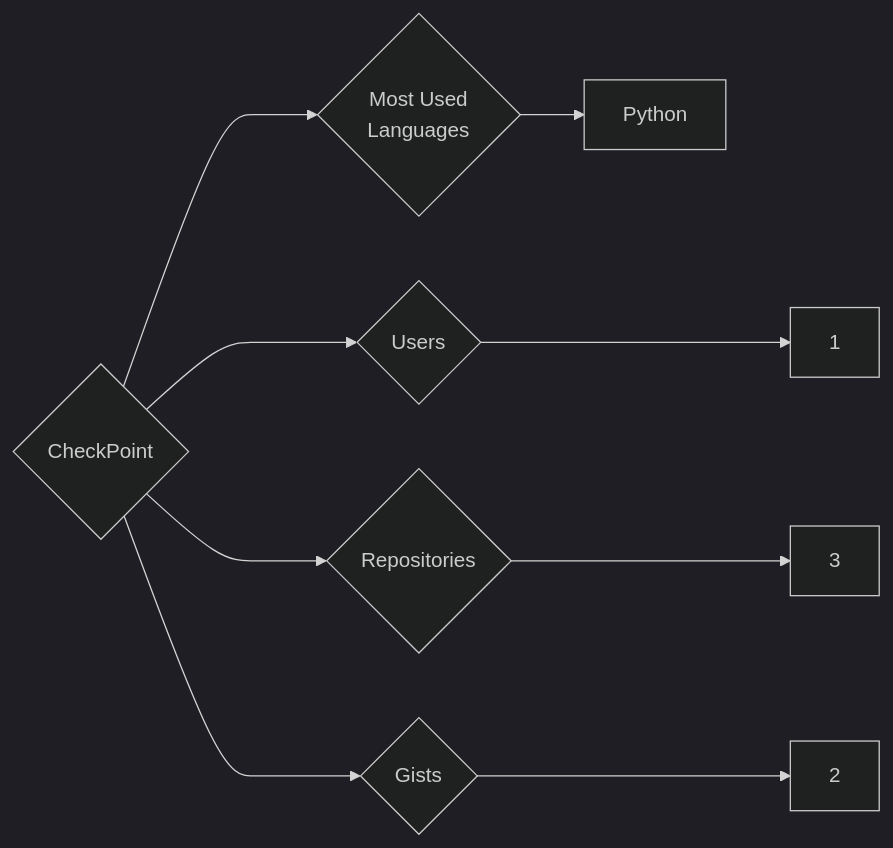
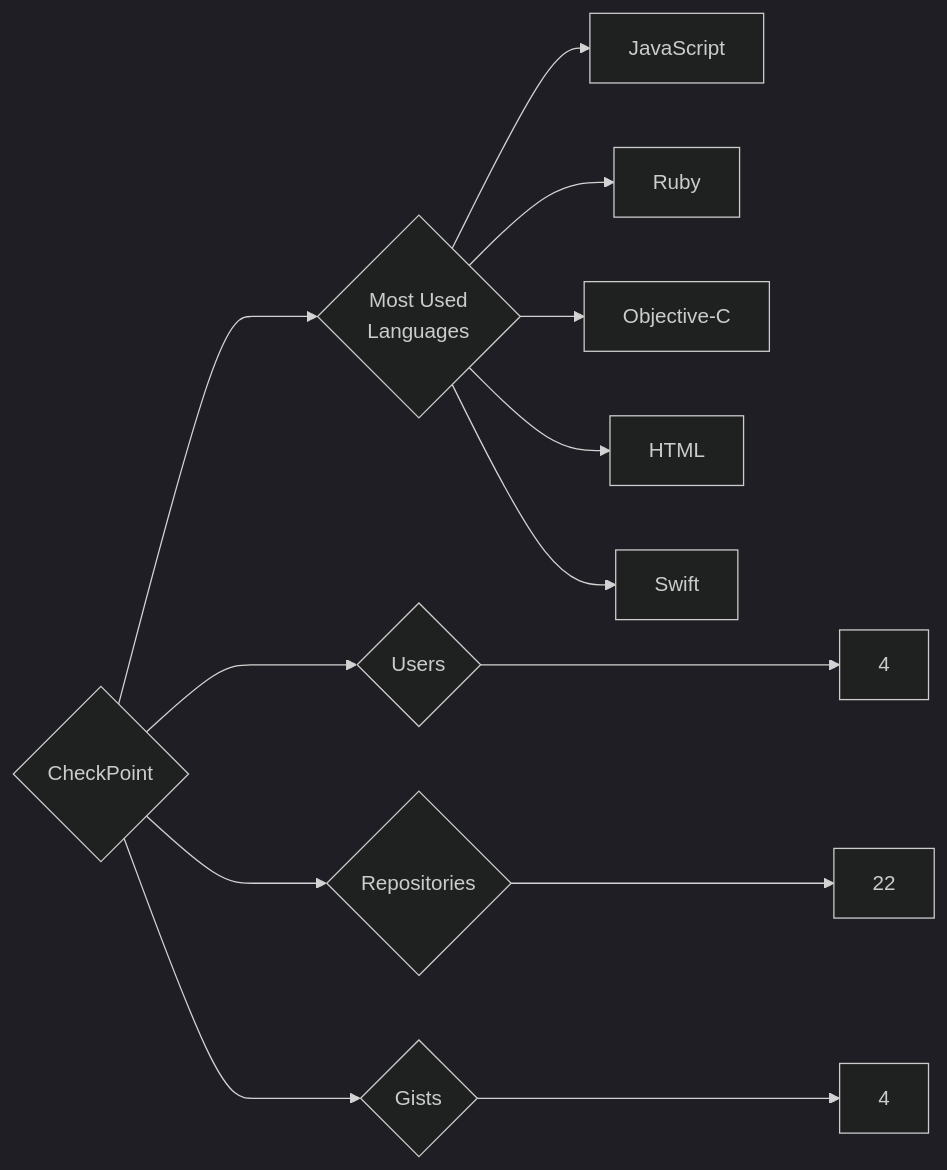
One commit to trickest/insiders changed the diagram in targets/CheckPoint/README.md. Above: the diagram before and after it, drawn with Mermaid (dark theme). The commit also changed 809 other files, not shown here.

````diff
--- a/targets/CheckPoint/README.md
+++ b/targets/CheckPoint/README.md
@@ -3,9 +3,13 @@
 ```mermaid
 graph LR
 COMPANY_NAME{CheckPoint}
-COMPANY_NAME ---> U{Users} ---> UN[1]
-COMPANY_NAME ---> R{Repositories} ---> RN[3]
-COMPANY_NAME ---> G{Gists} ---> GN[2]
+COMPANY_NAME ---> U{Users} ---> UN[4]
+COMPANY_NAME ---> R{Repositories} ---> RN[22]
+COMPANY_NAME ---> G{Gists} ---> GN[4]
 COMPANY_NAME ---> ML{Most Used<br>Languages}
-ML --> Python[Python]
+ML --> JavaScript[JavaScript]
+ML --> Ruby[Ruby]
+ML --> Objective-C[Objective-C]
+ML --> HTML[HTML]
+ML --> Swift[Swift]
 ```
````
